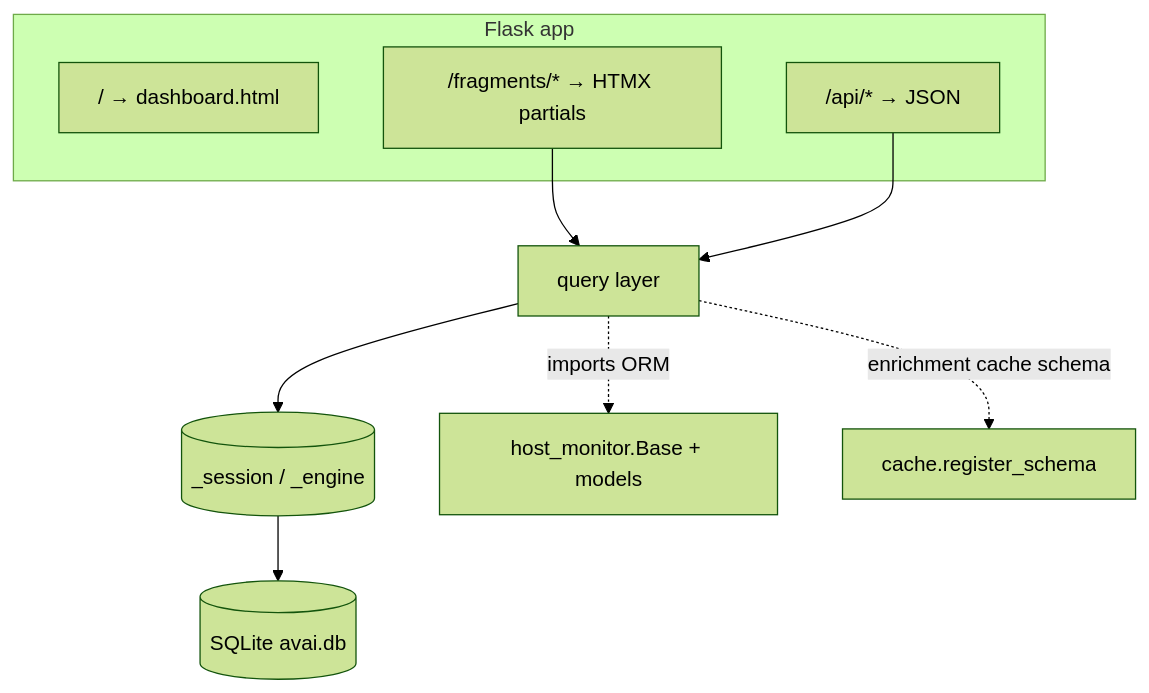
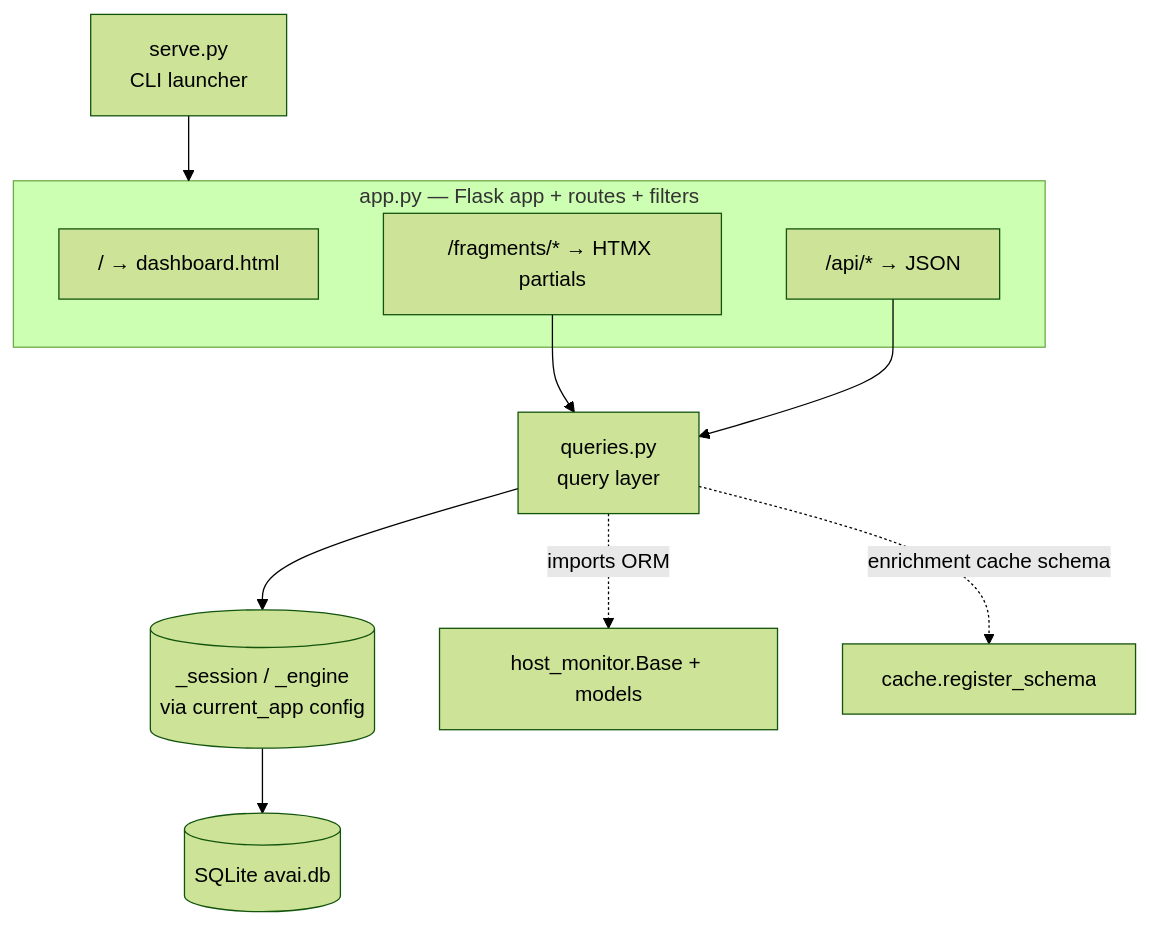
Before and after one commit to iklobato/avai: diagram 12 of 15 in docs/ARCHITECTURE.md, drawn with Mermaid (forest theme). The commit also changed other lines of this file, not shown here.

First line of the commit message:
docs: update architecture map for the host_monitor/ and dashboard/ packages

````diff
--- a/docs/ARCHITECTURE.md
+++ b/docs/ARCHITECTURE.md
@@ -531,14 +569,15 @@
 ```mermaid
 graph TD
-    subgraph flask[Flask app]
+    subgraph appmod[app.py — Flask app + routes + filters]
         idx[" / → dashboard.html"]
         frags["/fragments/* → HTMX partials"]
         api["/api/* → JSON"]
     end
-    frags --> Q[query layer]
+    serve[serve.py<br/>CLI launcher] --> appmod
+    frags --> Q[queries.py<br/>query layer]
     api --> Q
-    Q --> SESS[(_session / _engine)]
+    Q --> SESS[(_session / _engine<br/>via current_app config)]
     SESS --> DB[(SQLite avai.db)]
     Q -.imports ORM.-> HM[host_monitor.Base + models]
     Q -.enrichment cache schema.-> CACHE[cache.register_schema]
 ```
````
